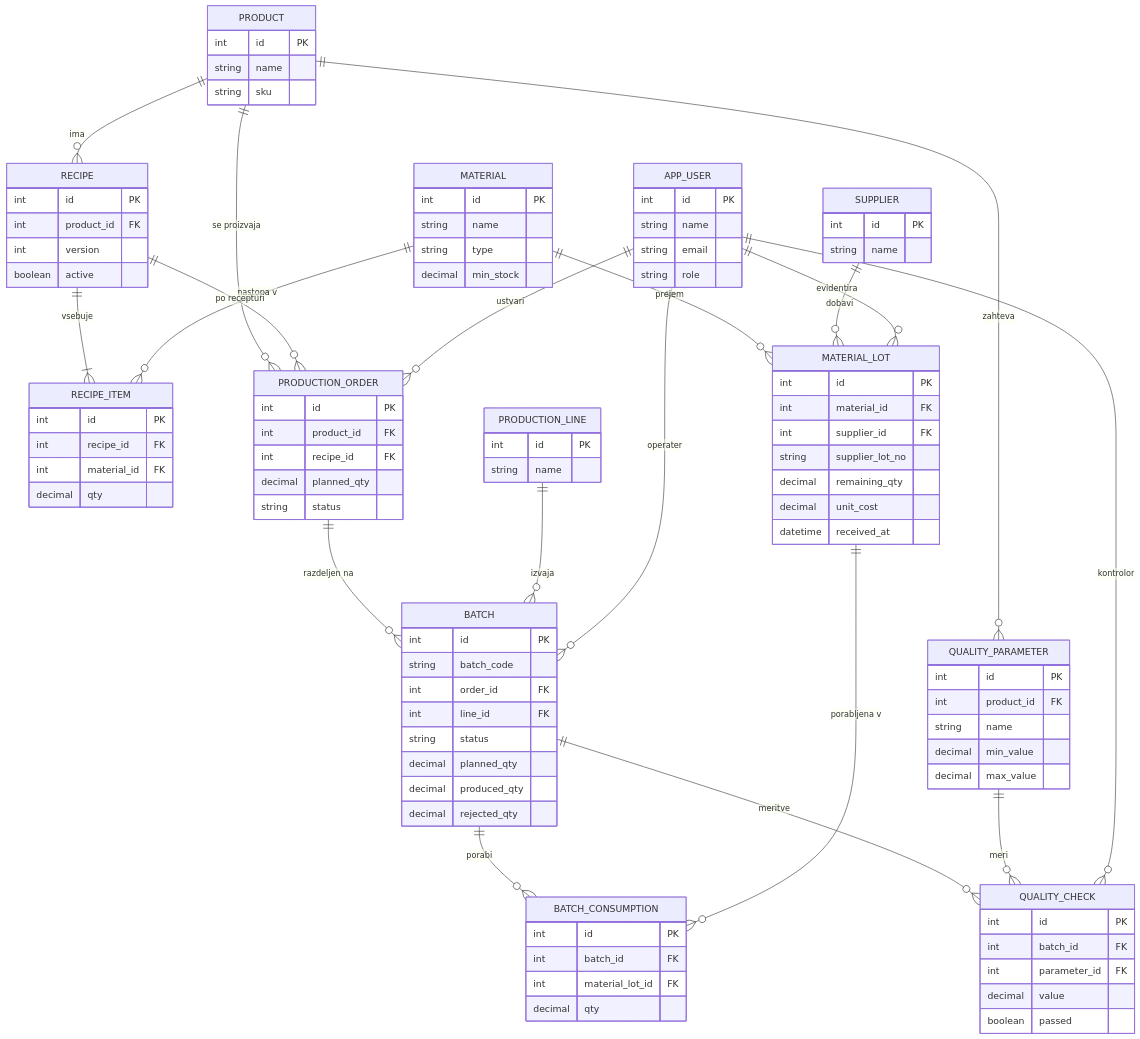
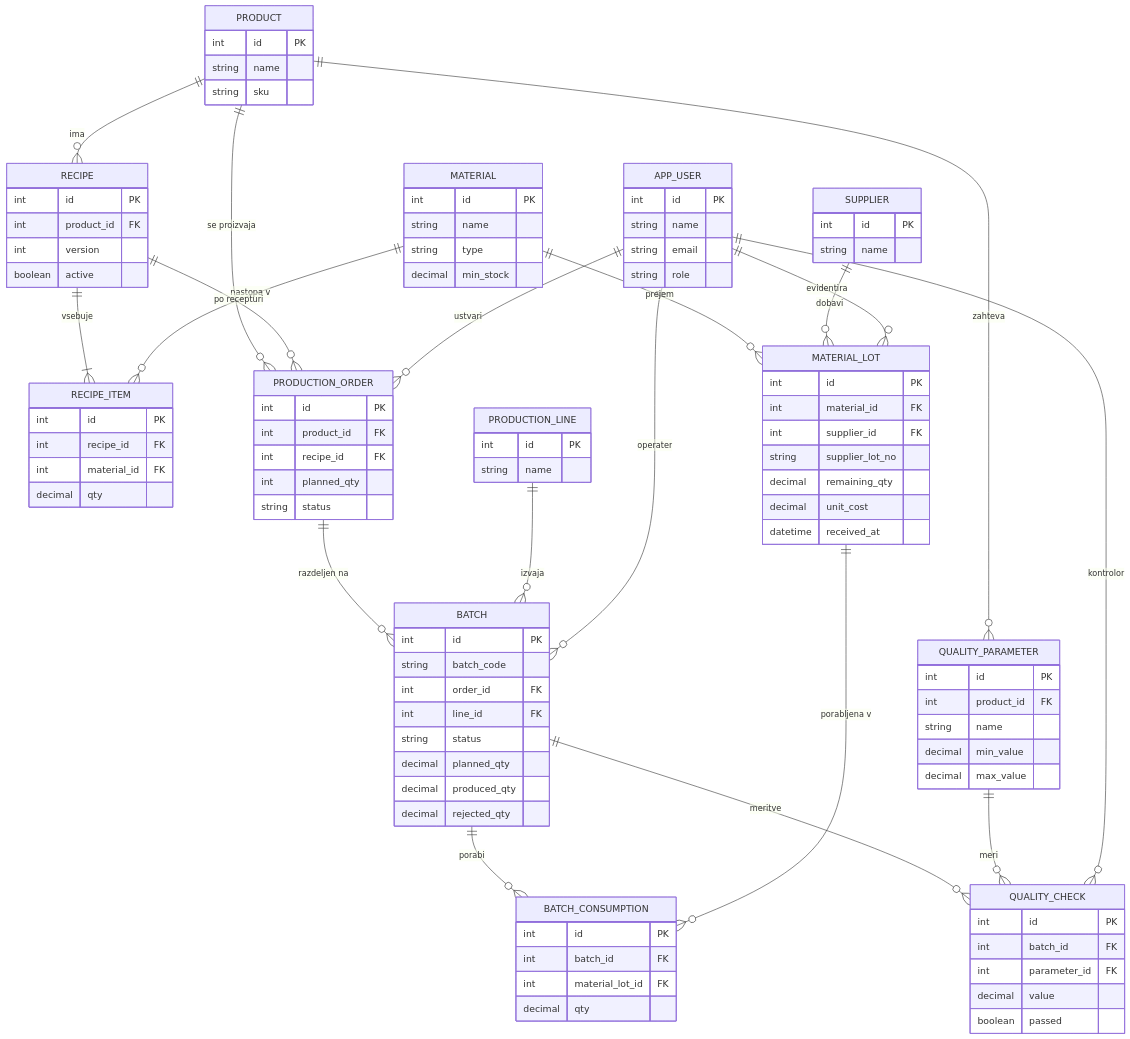
The diagram in docs/03-podatkovni-model.md (magisterij-1/pijacai), drawn with Mermaid before and after one commit. The commit also changed other lines of this file and 10 other files, not shown here.

```diff
--- a/docs/03-podatkovni-model.md
+++ b/docs/03-podatkovni-model.md
@@ -214,7 +214,7 @@
         int id PK
         int product_id FK
         int recipe_id FK
-        decimal planned_qty
+        int planned_qty
         string status
     }
     BATCH {
```
